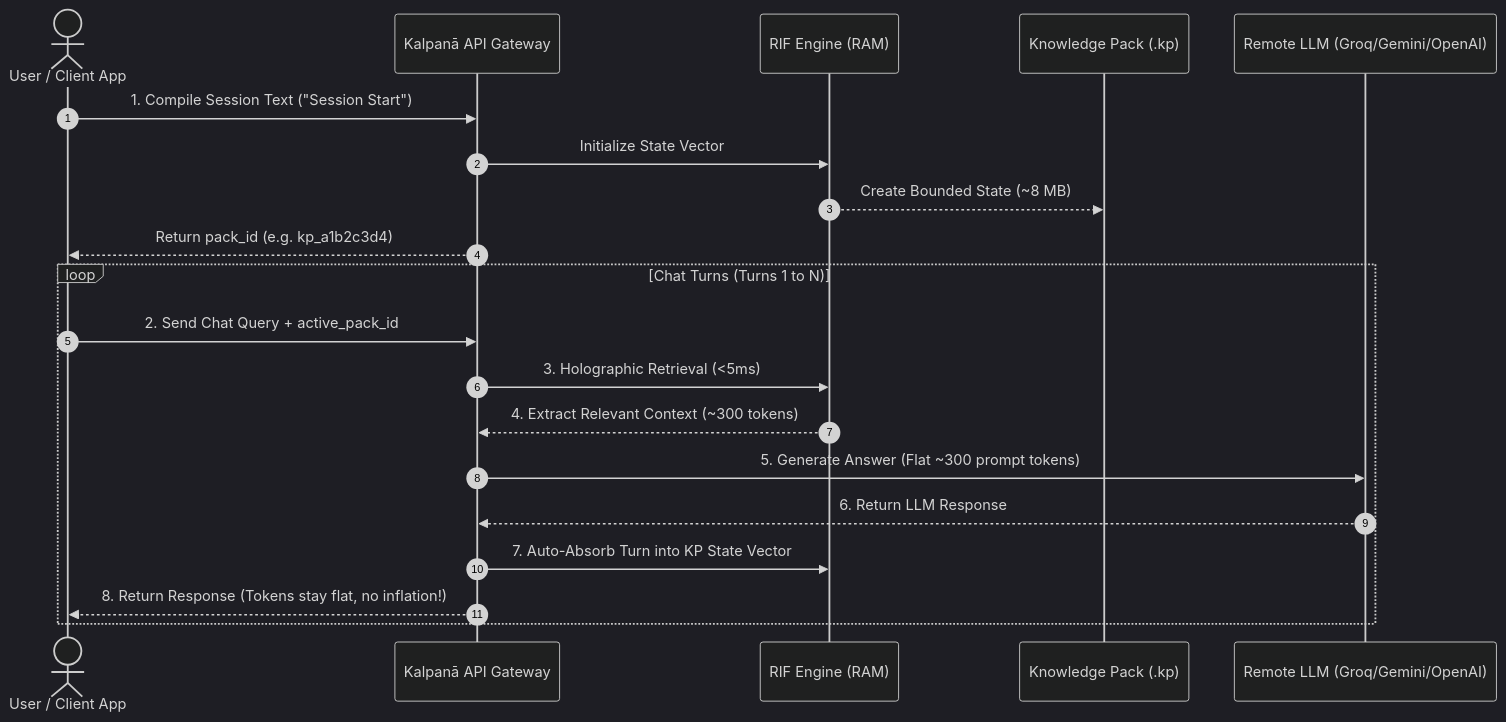
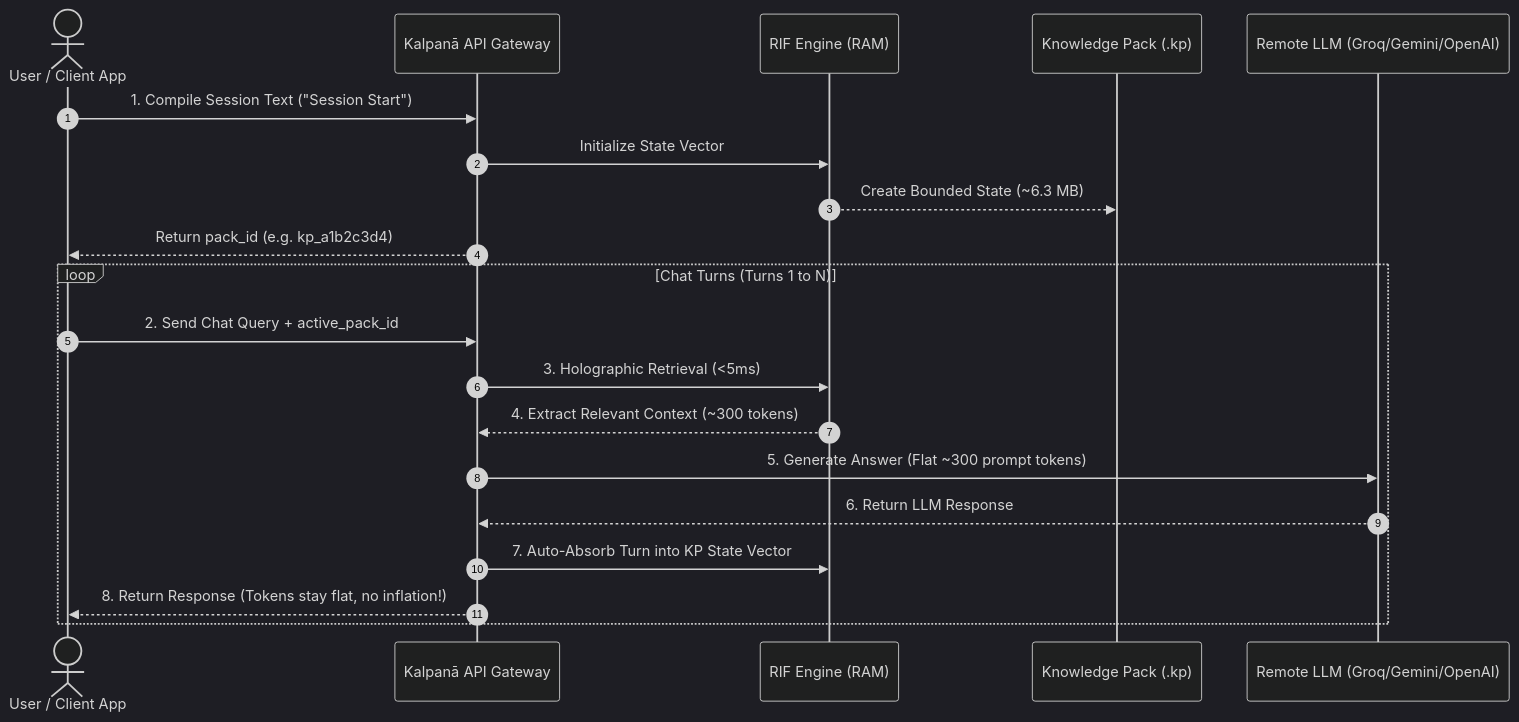
One commit to maduperera/Kalpana-LLM-API-Interface changed the second of 3 diagrams in README.md. Above: the diagram before and after it, drawn with Mermaid (dark theme). The commit also changed other lines of this file, not shown here.

Commit message:
docs: update precision RIF state memory footprint to ~6.3 MB across README.md

````diff
--- a/README.md
+++ b/README.md
@@ -55,24 +55,24 @@
 ```mermaid
 sequenceDiagram
     autonumber
     actor User as User / Client App
     participant API as Kalpanā API Gateway
     participant RIF as RIF Engine (RAM)
     participant KP as Knowledge Pack (.kp)
     participant LLM as Remote LLM (Groq/Gemini/OpenAI)
 
     User->>API: 1. Compile Session Text ("Session Start")
     API->>RIF: Initialize State Vector
-    RIF-->>KP: Create Bounded State (~8 MB)
+    RIF-->>KP: Create Bounded State (~6.3 MB)
     API-->>User: Return pack_id (e.g. kp_a1b2c3d4)
 
     loop Chat Turns (Turns 1 to N)
         User->>API: 2. Send Chat Query + active_pack_id
         API->>RIF: 3. Holographic Retrieval (<5ms)
         RIF-->>API: 4. Extract Relevant Context (~300 tokens)
         API->>LLM: 5. Generate Answer (Flat ~300 prompt tokens)
         LLM-->>API: 6. Return LLM Response
         API->>RIF: 7. Auto-Absorb Turn into KP State Vector
         API-->>User: 8. Return Response (Tokens stay flat, no inflation!)
     end
 ```
````
